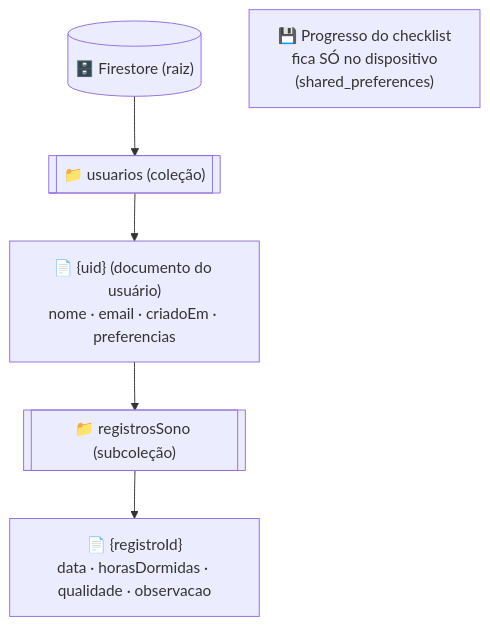
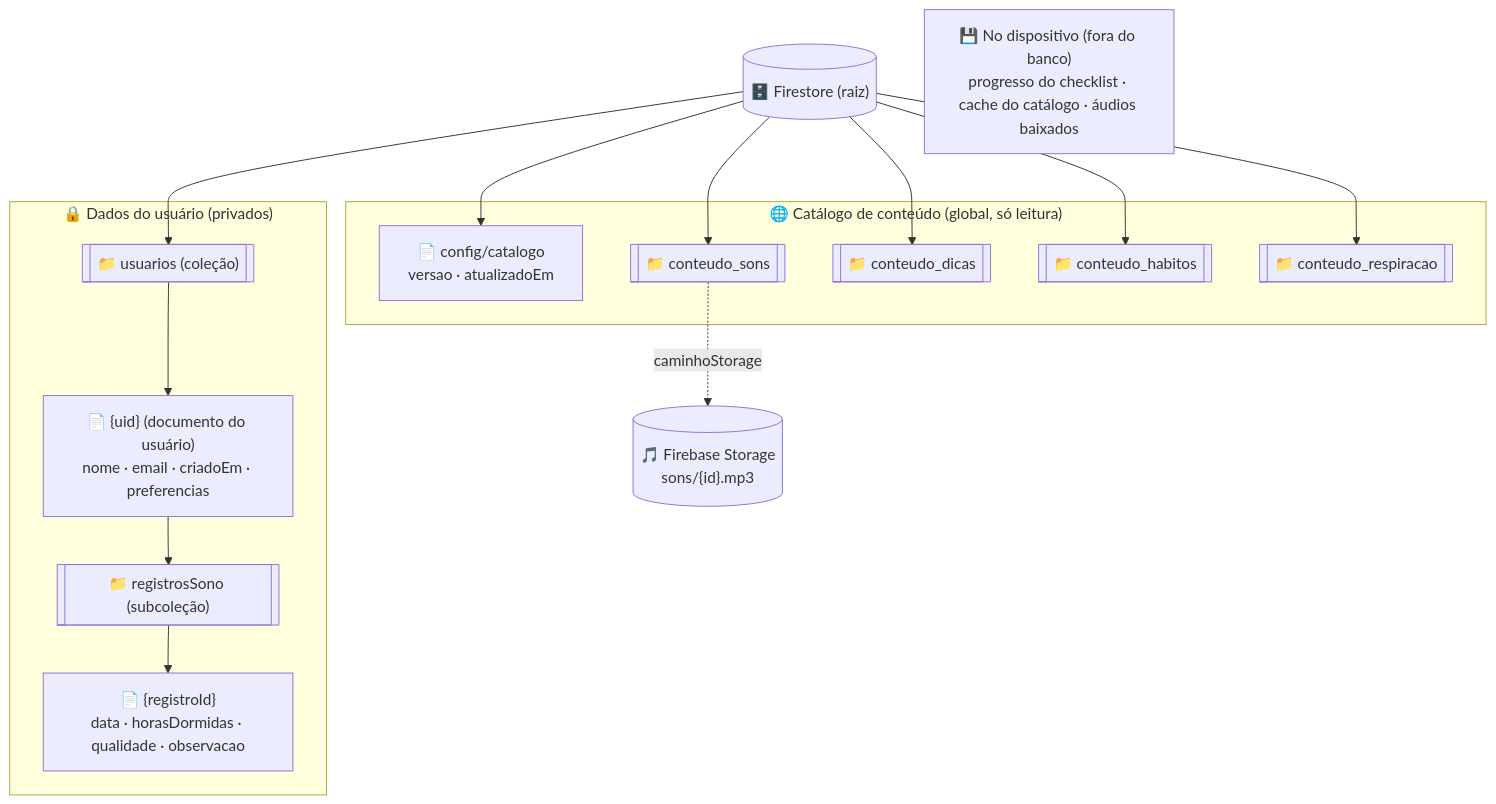
The first of 3 diagrams in docs/modelagem-banco-dados.md (juliacabrl/SonoLeve), drawn with Mermaid before and after one commit. The commit also changed other lines of this file and 146 other files, not shown here.

Commit message:
Docs: catálogo remoto (Firestore + Storage); protótipo de baixa fidelidade em Flutter (app/)

````diff
--- a/docs/modelagem-banco-dados.md
+++ b/docs/modelagem-banco-dados.md
@@ -15,9 +26,27 @@
 ```mermaid
 flowchart TB
     ROOT[("🗄️ Firestore (raiz)")]
-    ROOT --> USERS[["📁 usuarios (coleção)"]]
-    USERS --> UDOC["📄 {uid} (documento do usuário)<br/>nome · email · criadoEm · preferencias"]
-    UDOC --> REG[["📁 registrosSono (subcoleção)"]]
-    REG --> RDOC["📄 {registroId}<br/>data · horasDormidas · qualidade · observacao"]
-    LOC["💾 Progresso do checklist<br/>fica SÓ no dispositivo<br/>(shared_preferences)"]
+
+    subgraph PRIV["🔒 Dados do usuário (privados)"]
+        USERS[["📁 usuarios (coleção)"]]
+        UDOC["📄 {uid} (documento do usuário)<br/>nome · email · criadoEm · preferencias"]
+        REG[["📁 registrosSono (subcoleção)"]]
+        RDOC["📄 {registroId}<br/>data · horasDormidas · qualidade · observacao"]
+        USERS --> UDOC --> REG --> RDOC
+    end
+
+    subgraph CAT["🌐 Catálogo de conteúdo (global, só leitura)"]
+        CFG["📄 config/catalogo<br/>versao · atualizadoEm"]
+        SONS[["📁 conteudo_sons"]]
+        DICAS[["📁 conteudo_dicas"]]
+        HAB[["📁 conteudo_habitos"]]
+        RESP[["📁 conteudo_respiracao"]]
+    end
+
+    ROOT --> USERS
+    ROOT --> CFG
+    ROOT --> SONS & DICAS & HAB & RESP
+    SONS -.->|caminhoStorage| ST[("🎵 Firebase Storage<br/>sons/{id}.mp3")]
+
+    LOC["💾 No dispositivo (fora do banco)<br/>progresso do checklist · cache do catálogo · áudios baixados"]
 ```
````
